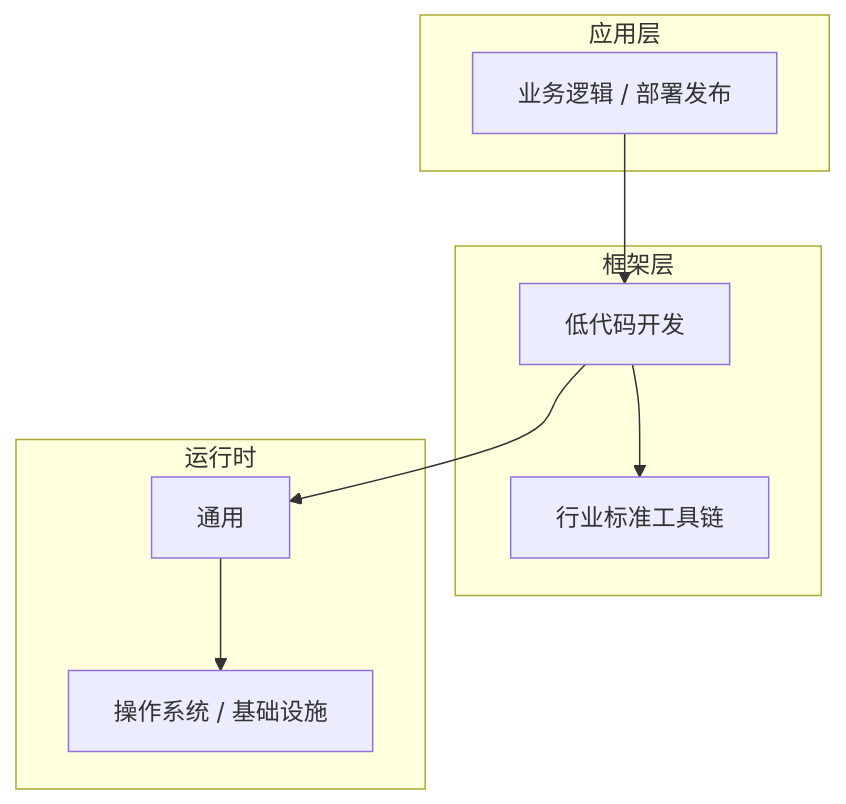
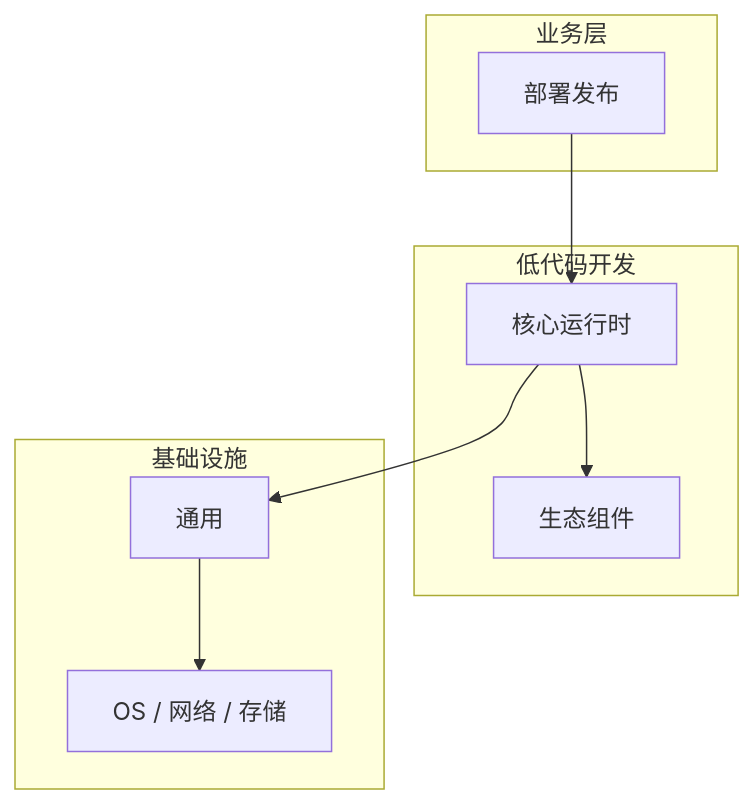
The diagram in articles/低代码开发/chapters/036-部署发布核心概念与原理.md (yanggan2015/knowledge-json-v2), drawn with Mermaid before and after one commit. The commit also changed other lines of this file and 10127 other files, not shown here.

````diff
--- a/articles/低代码开发/chapters/036-部署发布核心概念与原理.md
+++ b/articles/低代码开发/chapters/036-部署发布核心概念与原理.md
@@ -45,18 +30,18 @@
 ```mermaid
 graph TB
-    subgraph 应用层
-        A[业务逻辑 / 部署发布]
+    subgraph 业务层
+        A[部署发布]
     end
-    subgraph 框架层
-        B[低代码开发]
-        C[行业标准工具链]
+    subgraph 低代码开发
+        B[核心运行时]
+        C[生态组件]
     end
-    subgraph 运行时
+    subgraph 基础设施
         D[通用]
-        E[操作系统 / 基础设施]
+        E[OS / 网络 / 存储]
     end
     A --> B
     B --> C
     B --> D
     D --> E
 ```
````
